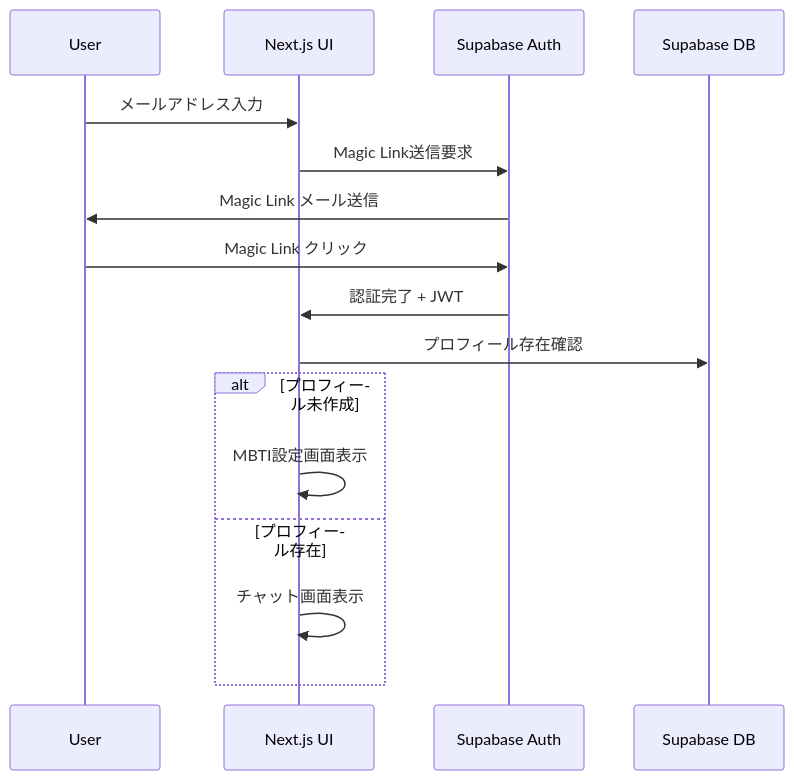
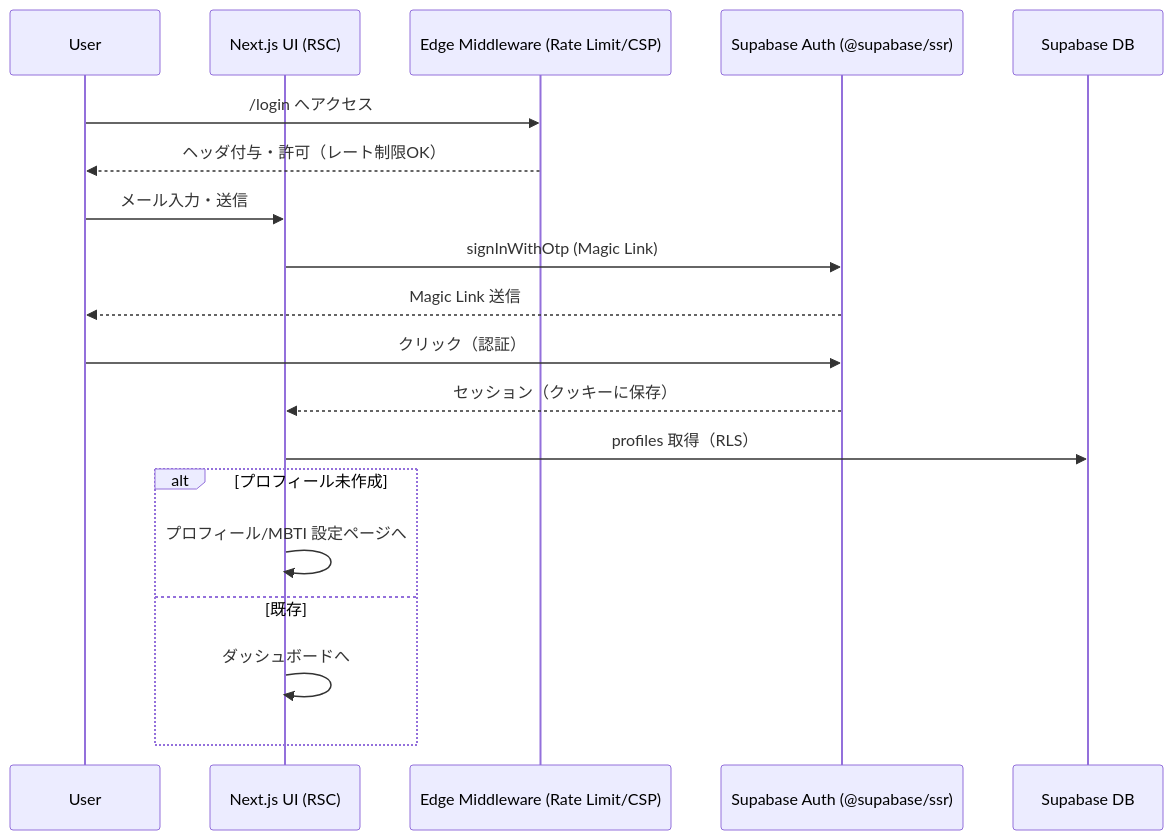
One commit to nunurio/chatmbti changed the second of 5 diagrams in .kiro/specs/mbti-chatbot-system/design.md. Above: the diagram before and after it, drawn with Mermaid. The commit also changed other lines of this file and 6 other files, not shown here.

First line of the commit message:
docs(changeset): add supabase-database-schema-implementation

````diff
--- a/.kiro/specs/mbti-chatbot-system/design.md
+++ b/.kiro/specs/mbti-chatbot-system/design.md
@@ -62,19 +81,22 @@
 ```mermaid
 sequenceDiagram
-    participant U as User
-    participant UI as Next.js UI
-    participant SA as Supabase Auth
-    participant DB as Supabase DB
-    
-    U->>UI: メールアドレス入力
-    UI->>SA: Magic Link送信要求
-    SA->>U: Magic Link メール送信
-    U->>SA: Magic Link クリック
-    SA->>UI: 認証完了 + JWT
-    UI->>DB: プロフィール存在確認
-    alt プロフィール未作成
-        UI->>UI: MBTI設定画面表示
-    else プロフィール存在
-        UI->>UI: チャット画面表示
-    end
+  participant U as User
+  participant UI as Next.js UI (RSC)
+  participant MW as Edge Middleware (Rate Limit/CSP)
+  participant SA as Supabase Auth (@supabase/ssr)
+  participant DB as Supabase DB
+
+  U->>MW: /login へアクセス
+  MW-->>U: ヘッダ付与・許可（レート制限OK）
+  U->>UI: メール入力・送信
+  UI->>SA: signInWithOtp (Magic Link)
+  SA-->>U: Magic Link 送信
+  U->>SA: クリック（認証）
+  SA-->>UI: セッション（クッキーに保存）
+  UI->>DB: profiles 取得（RLS）
+  alt プロフィール未作成
+    UI->>UI: プロフィール/MBTI 設定ページへ
+  else 既存
+    UI->>UI: ダッシュボードへ
+  end
 ```
````
